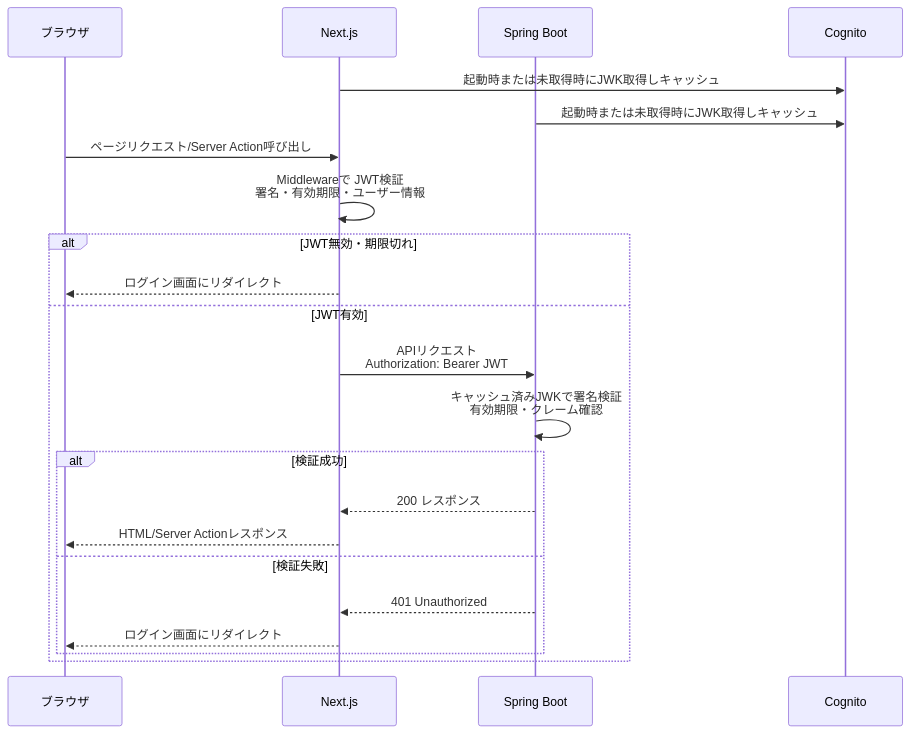
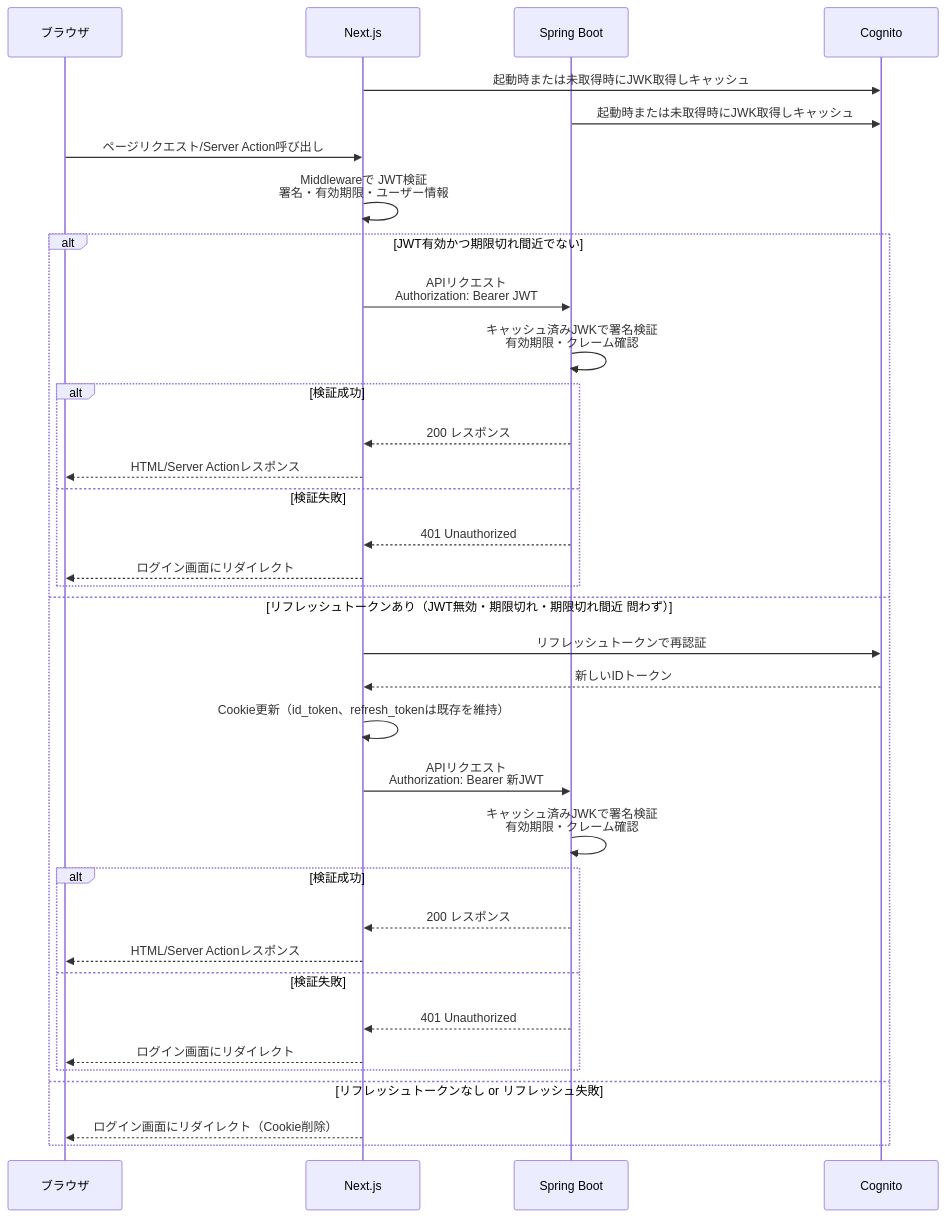
Before and after one commit to sakurai1126/chii-piyo: the second of 9 diagrams in docs/sequence.md, drawn with Mermaid. The commit also changed other lines of this file and 1 other file, not shown here.

````diff
--- a/docs/sequence.md
+++ b/docs/sequence.md
@@ -43,28 +43,42 @@
 ```mermaid
 sequenceDiagram
     participant Browser as ブラウザ
     participant Next as Next.js
     participant Spring as Spring Boot
     participant Cognito as Cognito
 
   Next->>Cognito: 起動時または未取得時にJWK取得しキャッシュ
   Spring->>Cognito: 起動時または未取得時にJWK取得しキャッシュ
 
     Browser->>Next: ページリクエスト/Server Action呼び出し
     Next->>Next: Middlewareで JWT検証<br/>署名・有効期限・ユーザー情報
 
-    alt JWT無効・期限切れ
-        Next-->>Browser: ログイン画面にリダイレクト
-    else JWT有効
+    alt JWT有効かつ期限切れ間近でない
         Next->>Spring: APIリクエスト<br/>Authorization: Bearer JWT
         Spring->>Spring: キャッシュ済みJWKで署名検証<br/>有効期限・クレーム確認
 
         alt 検証成功
             Spring-->>Next: 200 レスポンス
             Next-->>Browser: HTML/Server Actionレスポンス
         else 検証失敗
             Spring-->>Next: 401 Unauthorized
             Next-->>Browser: ログイン画面にリダイレクト
         end
+    else リフレッシュトークンあり（JWT無効・期限切れ・期限切れ間近 問わず）
+        Next->>Cognito: リフレッシュトークンで再認証
+        Cognito-->>Next: 新しいIDトークン
+        Next->>Next: Cookie更新（id_token、refresh_tokenは既存を維持）
+        Next->>Spring: APIリクエスト<br/>Authorization: Bearer 新JWT
+        Spring->>Spring: キャッシュ済みJWKで署名検証<br/>有効期限・クレーム確認
+
+        alt 検証成功
+            Spring-->>Next: 200 レスポンス
+            Next-->>Browser: HTML/Server Actionレスポンス
+        else 検証失敗
+            Spring-->>Next: 401 Unauthorized
+            Next-->>Browser: ログイン画面にリダイレクト
+        end
+    else リフレッシュトークンなし or リフレッシュ失敗
+        Next-->>Browser: ログイン画面にリダイレクト（Cookie削除）
     end
 ```
````
